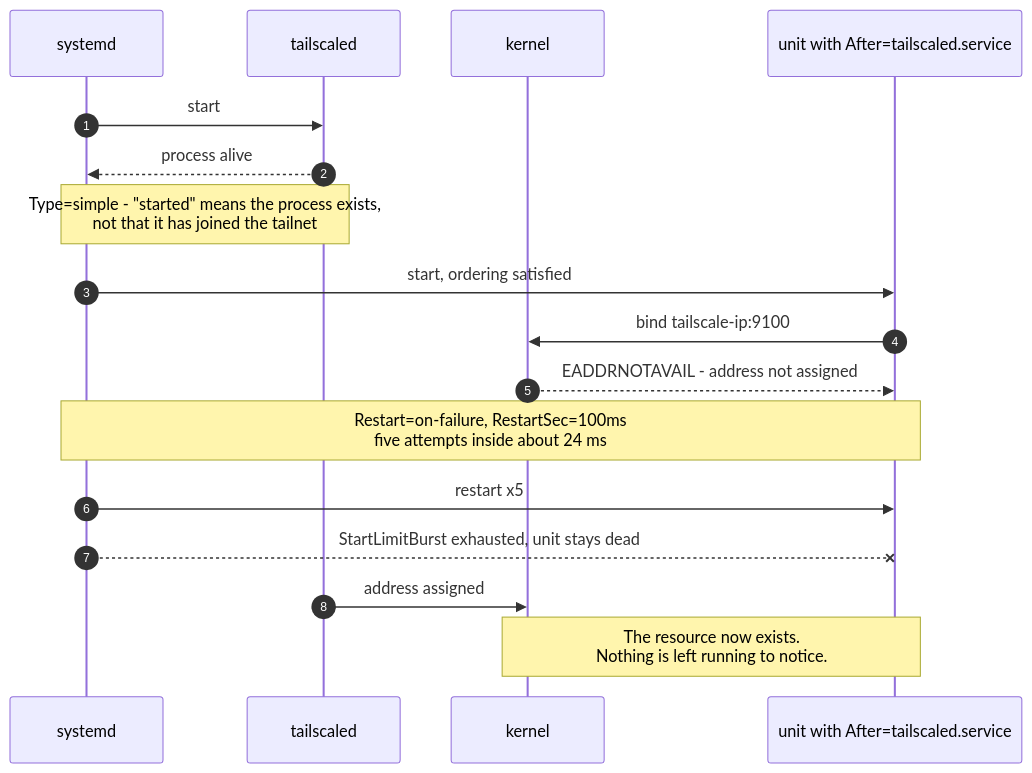
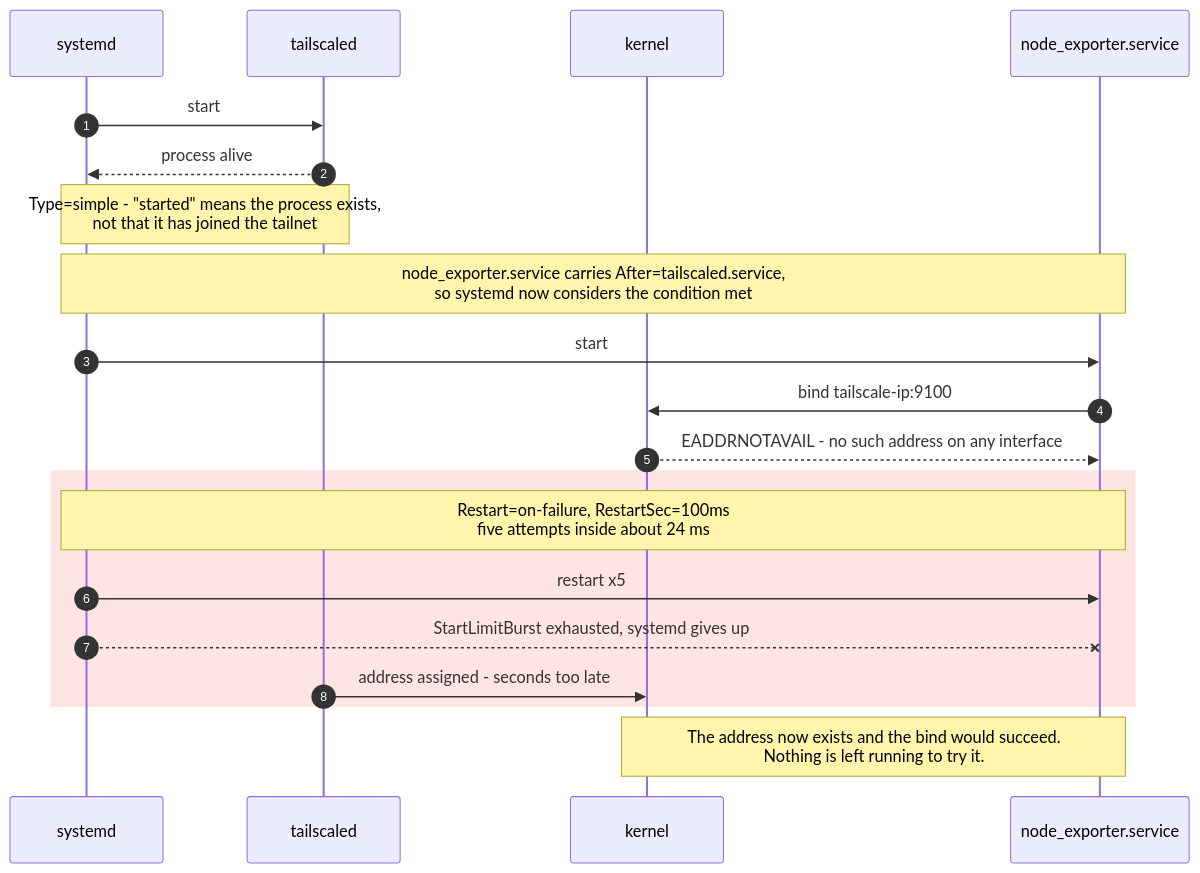
The first of 2 diagrams in docs/platform/known-errors.md (sohanreddyk/homelab-server-architecture), drawn with Mermaid before and after one commit. The commit also changed other lines of this file and 3 other files, not shown here.

````diff
--- a/docs/platform/known-errors.md
+++ b/docs/platform/known-errors.md
@@ -1045,22 +1053,25 @@
 ```mermaid
 sequenceDiagram
   accTitle: The Tailscale readiness race without a gate
   accDescr: systemd starts the unit after tailscaled is alive but before an address exists, the bind fails with EADDRNOTAVAIL, and the restart limiter exhausts itself before the address arrives.
   autonumber
   participant S as systemd
   participant T as tailscaled
   participant K as kernel
-  participant U as unit with After=tailscaled.service
+  participant U as node_exporter.service
 
   S->>T: start
   T-->>S: process alive
   Note over S,T: Type=simple - "started" means the process exists,<br/>not that it has joined the tailnet
-  S->>U: start, ordering satisfied
+  Note over S,U: node_exporter.service carries After=tailscaled.service,<br/>so systemd now considers the condition met
+  S->>U: start
   U->>K: bind tailscale-ip:9100
-  K-->>U: EADDRNOTAVAIL - address not assigned
-  Note over S,U: Restart=on-failure, RestartSec=100ms<br/>five attempts inside about 24 ms
-  S->>U: restart x5
-  S--xU: StartLimitBurst exhausted, unit stays dead
-  T->>K: address assigned
-  Note over K,U: The resource now exists.<br/>Nothing is left running to notice.
+  K-->>U: EADDRNOTAVAIL - no such address on any interface
+  rect rgb(255, 228, 228)
+    Note over S,U: Restart=on-failure, RestartSec=100ms<br/>five attempts inside about 24 ms
+    S->>U: restart x5
+    S--xU: StartLimitBurst exhausted, systemd gives up
+    T->>K: address assigned - seconds too late
+  end
+  Note over K,U: The address now exists and the bind would succeed.<br/>Nothing is left running to try it.
 ```
````
